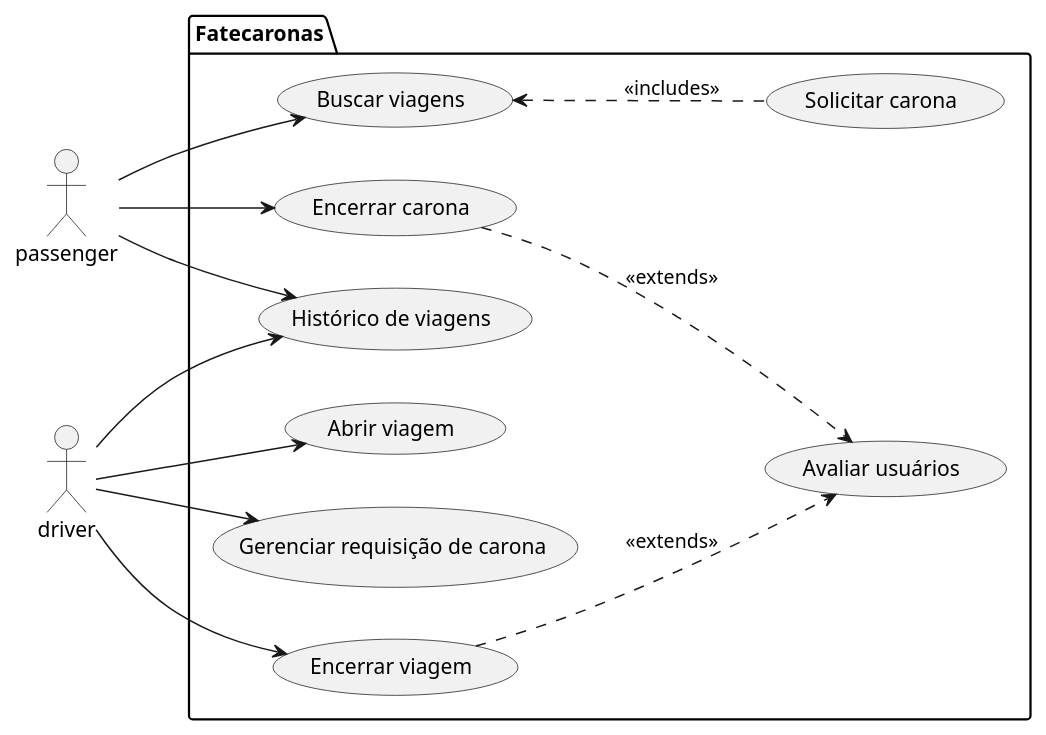
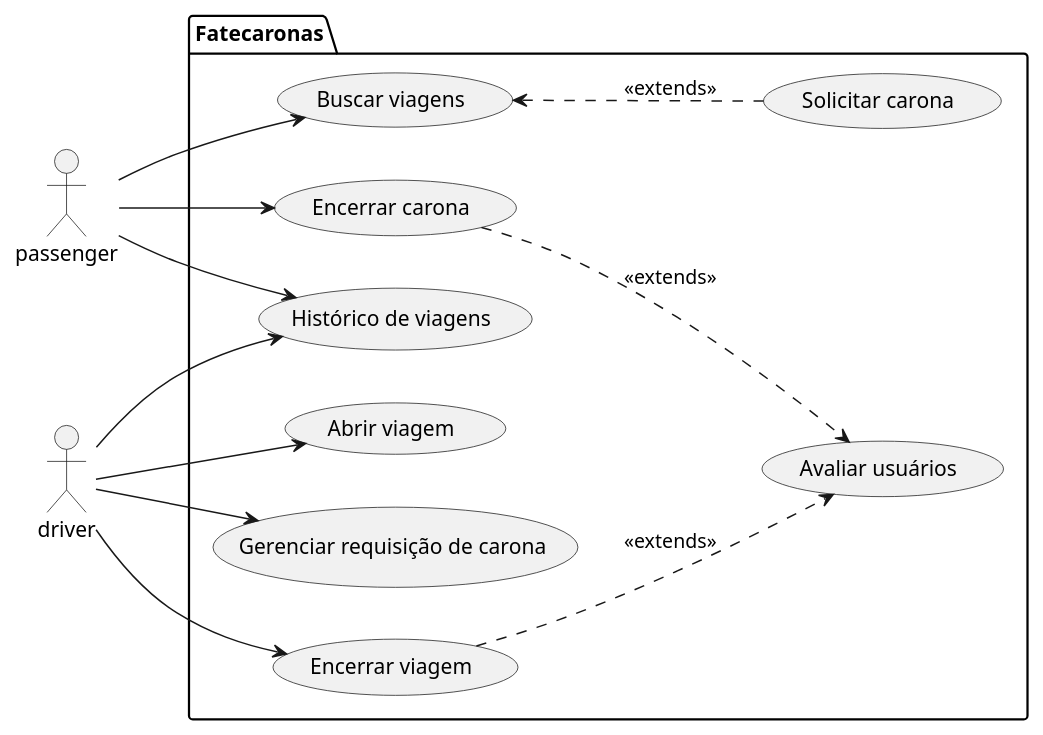
One commit to Vinicius0607/ProjetoES2 changed the diagram in uses_cases_fatecaronas.puml. Above: the diagram before and after it, drawn with PlantUML. The commit also changed 1 other file, not shown here.

```diff
--- a/uses_cases_fatecaronas.puml
+++ b/uses_cases_fatecaronas.puml
@@ -1,32 +1,32 @@
 @startuml Fatecaronas
 left to right direction
 
 ' Actors
 actor passenger as p
 actor driver as d
 
 package "Fatecaronas" {
     ' Usecases
     usecase "Buscar viagens" as UC1
     usecase "Solicitar carona" as UC2
     usecase "Encerrar carona" as UC3
     usecase "Histórico de viagens" as UC5
     usecase "Avaliar usuários" as UC6
     usecase "Abrir viagem" as UC7
     usecase "Gerenciar requisição de carona" as UC8
     usecase "Encerrar viagem" as UC9
 }
 
 ' Relations
 p --> UC1
 p --> UC3
 p --> UC5
-UC1 <.. UC2: <<includes>>
+UC1 <.. UC2: <<extends>>
 UC3 ..> UC6: <<extends>>
 UC9 ..> UC6: <<extends>>
 d --> UC7
 d --> UC8
 d --> UC9
 d --> UC5
 
 @enduml
```
